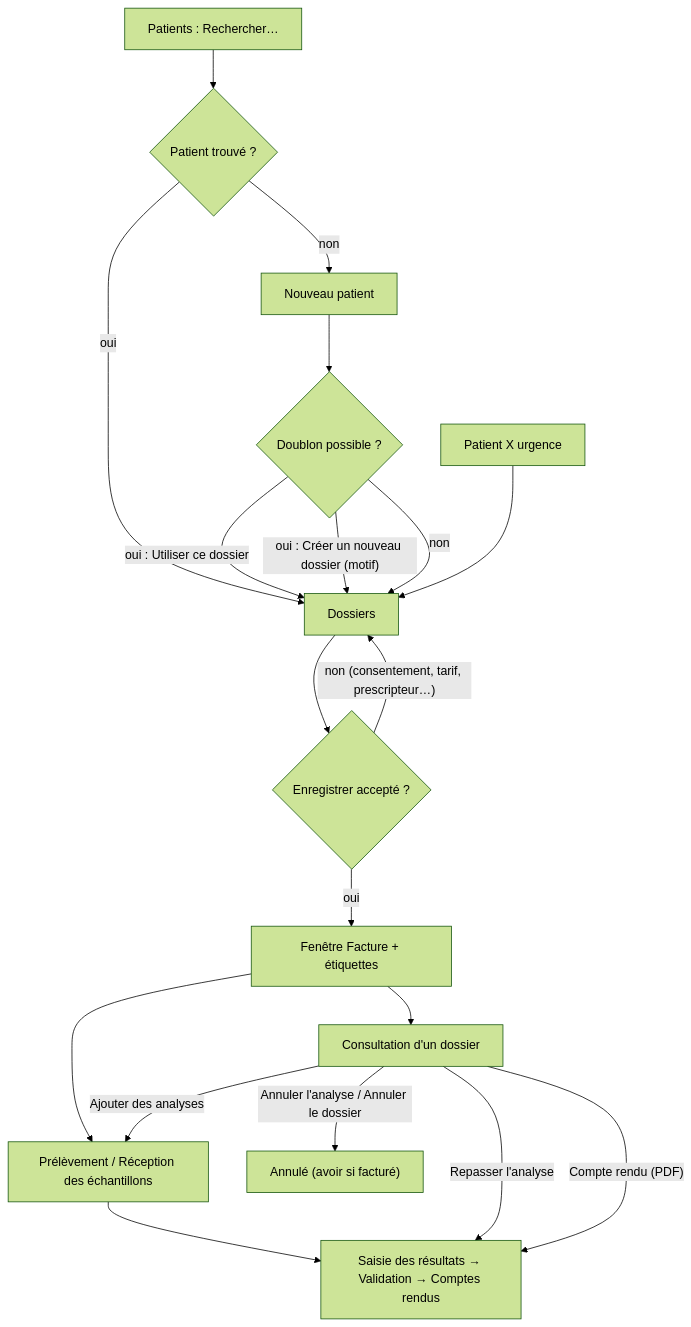
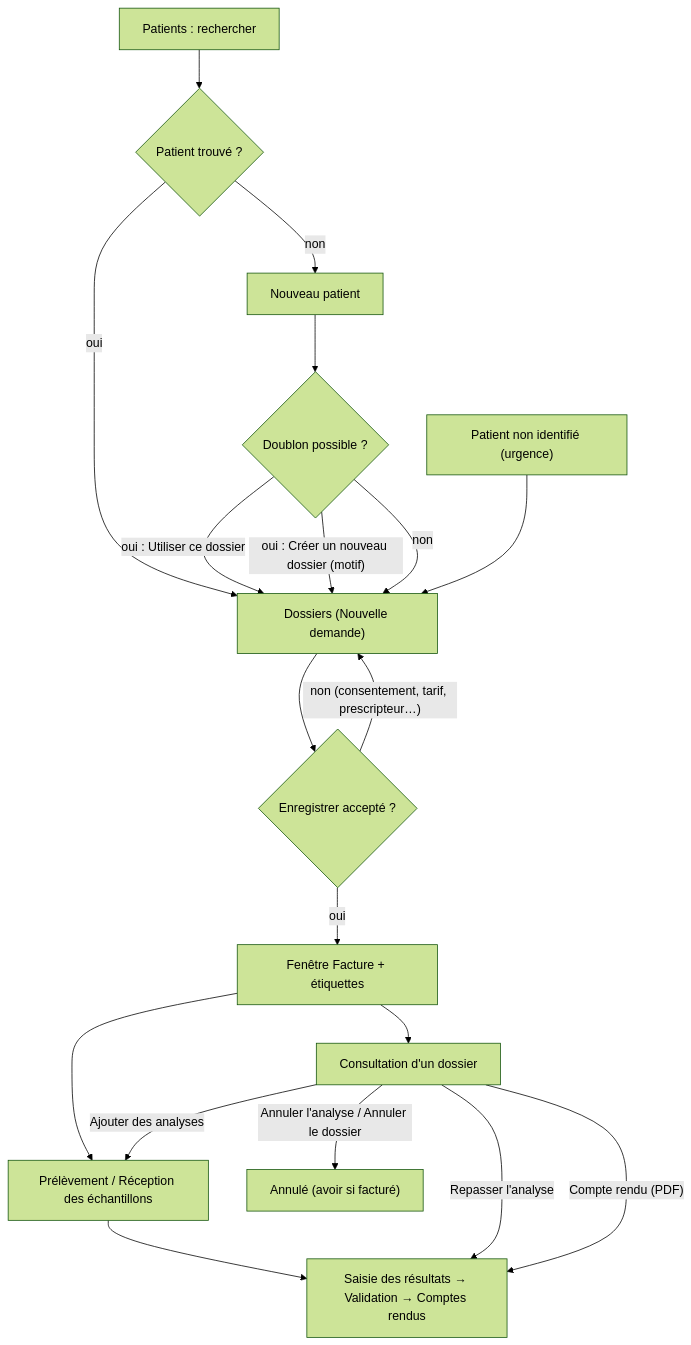
One commit to J4dJad/MarocLis changed the first of 8 diagrams in docs/manuel/01-accueil-enregistrement.md. Above: the diagram before and after it, drawn with Mermaid (forest theme). The commit also changed other lines of this file and 5 other files, not shown here.

````diff
--- a/docs/manuel/01-accueil-enregistrement.md
+++ b/docs/manuel/01-accueil-enregistrement.md
@@ -7,21 +24,21 @@
 ```mermaid
 flowchart TD
-    A["Patients : Rechercher…"] --> B{"Patient trouvé ?"}
-    B -- oui --> D["Dossiers"]
+    A["Patients : rechercher"] --> B{"Patient trouvé ?"}
+    B -- oui --> D["Dossiers (Nouvelle demande)"]
     B -- non --> C["Nouveau patient"]
     C --> E{"Doublon possible ?"}
     E -- "oui : Utiliser ce dossier" --> D
     E -- "oui : Créer un nouveau dossier (motif)" --> D
     E -- non --> D
-    U["Patient X urgence"] --> D
+    U["Patient non identifié (urgence)"] --> D
     D --> F{"Enregistrer accepté ?"}
     F -- "non (consentement, tarif, prescripteur…)" --> D
     F -- oui --> G["Fenêtre Facture + étiquettes"]
     G --> H["Prélèvement / Réception des échantillons"]
     H --> I["Saisie des résultats → Validation → Comptes rendus"]
     G --> J["Consultation d'un dossier"]
     J -- "Ajouter des analyses" --> H
     J -- "Repasser l'analyse" --> I
     J -- "Annuler l'analyse / Annuler le dossier" --> K["Annulé (avoir si facturé)"]
     J -- "Compte rendu (PDF)" --> I
 ```
````
